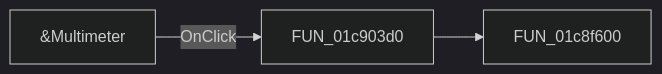
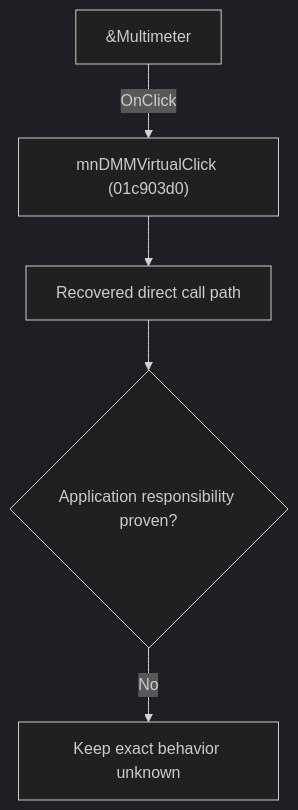
The diagram in docs/ui-controls/schematiceditor/voltmeter-7880e9e737.md (MovGP0/TIARA), drawn with Mermaid (dark theme) before and after one commit. The commit also changed other lines of this file and 1062 other files, not shown here.

````diff
--- a/docs/ui-controls/schematiceditor/voltmeter-7880e9e737.md
+++ b/docs/ui-controls/schematiceditor/voltmeter-7880e9e737.md
@@ -27,5 +27,7 @@
 ```mermaid
-flowchart LR
-    control["&Multimeter"] -->|OnClick| handler["FUN_01c903d0"]
-    handler --> call1["FUN_01c8f600"]
+flowchart TD
+    control["&Multimeter"] -->|"OnClick"| handler["mnDMMVirtualClick (01c903d0)"]
+    handler --> recovered["Recovered direct call path"]
+    recovered --> gap{"Application responsibility proven?"}
+    gap -->|"No"| blocked["Keep exact behavior unknown"]
 ```
````
